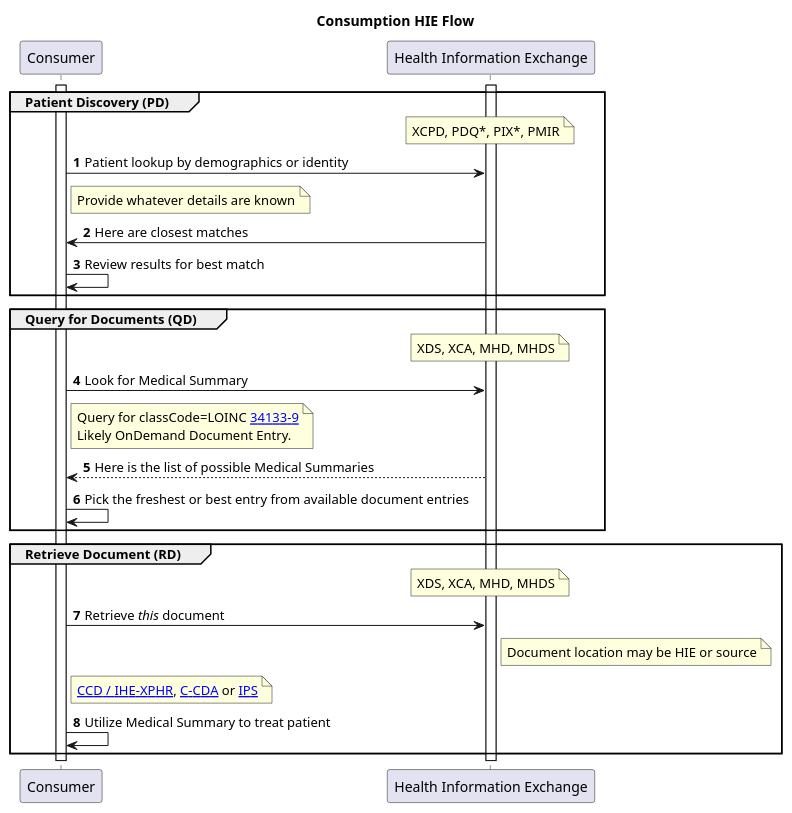
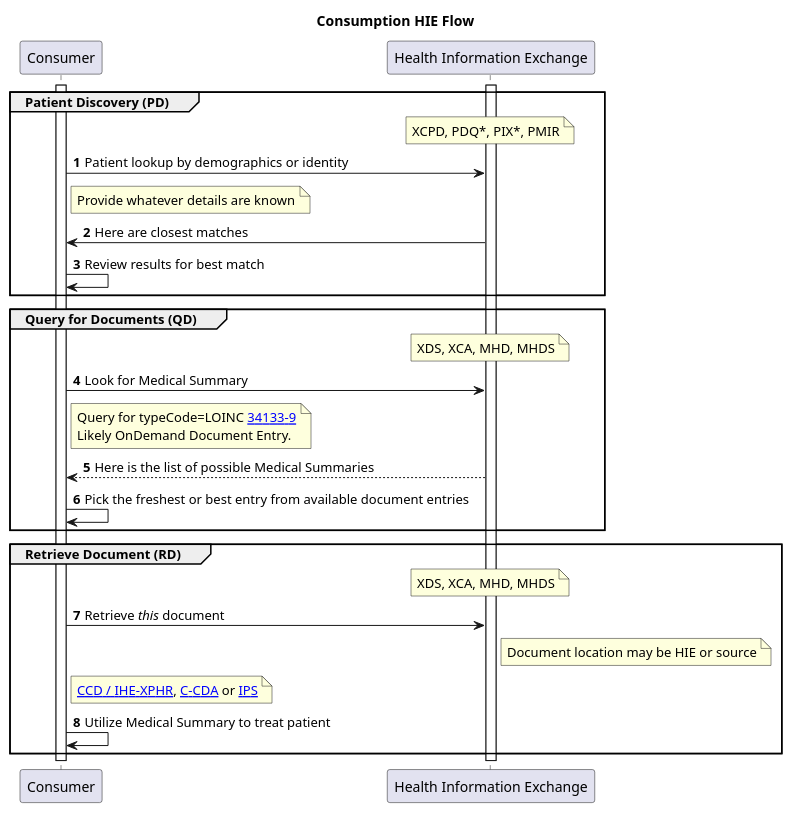
Before and after one commit to IHE/EMS-Overall: the diagram in input/images-source/consume-processflow.plantuml, drawn with PlantUML. The commit also changed 2 other files, not shown here.

Commit message:
typeCode not classCode

```diff
--- a/input/images-source/consume-processflow.plantuml
+++ b/input/images-source/consume-processflow.plantuml
@@ -1,37 +1,37 @@
 @startuml
 skinparam svgDimensionStyle false
 title Consumption HIE Flow
 participant "Consumer" as Consumer
 participant "Health Information Exchange" as HIE [[https://profiles.ihe.net/ITI/HIE-Whitepaper/index.html HIE-Whitepaper]]
 autonumber
 activate Consumer
 activate HIE
 
 group Patient Discovery (PD)
 note over HIE:  XCPD, PDQ*, PIX*, PMIR
 Consumer -> HIE: Patient lookup by demographics or identity
 Note right of Consumer: Provide whatever details are known
 Consumer <- HIE: Here are closest matches
 Consumer -> Consumer: Review results for best match
 end group
 
 group Query for Documents (QD)
 note over HIE:  XDS, XCA, MHD, MHDS
 Consumer -> HIE: Look for Medical Summary
-Note right of Consumer: Query for classCode=LOINC [[https://loinc.org/34133-9/ 34133-9]]\nLikely OnDemand Document Entry.
+Note right of Consumer: Query for typeCode=LOINC [[https://loinc.org/34133-9/ 34133-9]]\nLikely OnDemand Document Entry.
 Consumer <-- HIE: Here is the list of possible Medical Summaries
 Consumer -> Consumer: Pick the freshest or best entry from available document entries
 end group
 
 group Retrieve Document (RD)
 note over HIE:  XDS, XCA, MHD, MHDS
 Consumer -> HIE: Retrieve //this// document
 note right of HIE: Document location may be HIE or source
 Note right of Consumer: [[https://www.ihe.net/uploadedFiles/Documents/PCC/IHE_PCC_TF_Vol1.pdf#nameddest=4_Exchange_of_Personal_Health_R CCD / IHE-XPHR]], [[https://www.hl7.org/ccdasearch/ C-CDA]] or [[https://hl7.org/fhir/uv/ips/ IPS]]
 Consumer -> Consumer: Utilize Medical Summary to treat patient
 end group
 
 deactivate HIE
 deactivate Consumer
 
 @enduml
```
